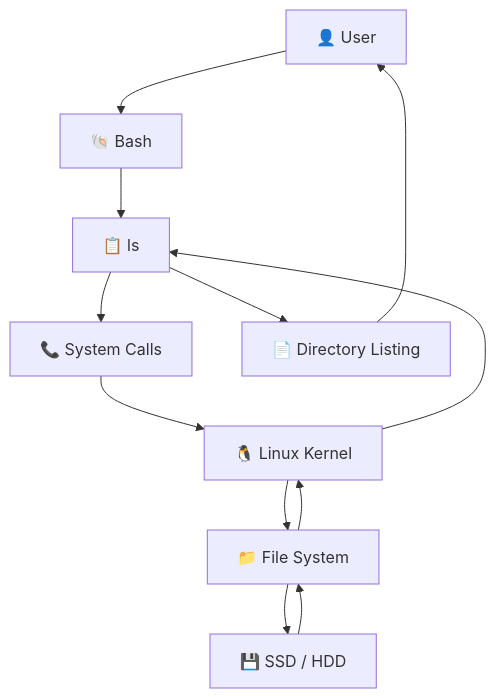
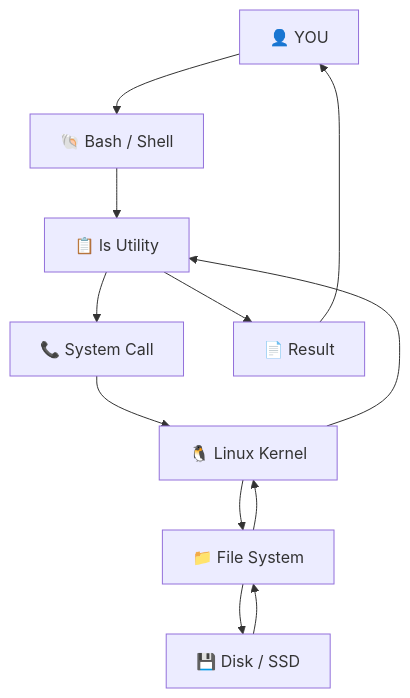
The eighth of 14 diagrams in Linux/02-Fundamentals-Of-Linux/README.md (Yuvii2102/My-Devops-Cloud-Journey), drawn with Mermaid before and after one commit. The commit also changed other lines of this file, not shown here.

````diff
--- a/Linux/02-Fundamentals-Of-Linux/README.md
+++ b/Linux/02-Fundamentals-Of-Linux/README.md
@@ -474,23 +583,23 @@
 ```mermaid
 flowchart TD
-    USER["👤 User"]
-    BASH["🐚 Bash"]
-    LS["📋 ls"]
-    SC["📞 System Calls"]
+    YOU["👤 YOU"]
+    BASH["🐚 Bash / Shell"]
+    LS["📋 ls Utility"]
+    SC["📞 System Call"]
     K["🐧 Linux Kernel"]
     FS["📁 File System"]
-    STORAGE["💾 SSD / HDD"]
-    RESULT["📄 Directory Listing"]
+    D["💾 Disk / SSD"]
+    R["📄 Result"]
 
-    USER --> BASH
+    YOU --> BASH
     BASH --> LS
     LS --> SC
     SC --> K
     K --> FS
-    FS --> STORAGE
-    STORAGE --> FS
+    FS --> D
+    D --> FS
     FS --> K
     K --> LS
-    LS --> RESULT
-    RESULT --> USER
+    LS --> R
+    R --> YOU
 ```
````
